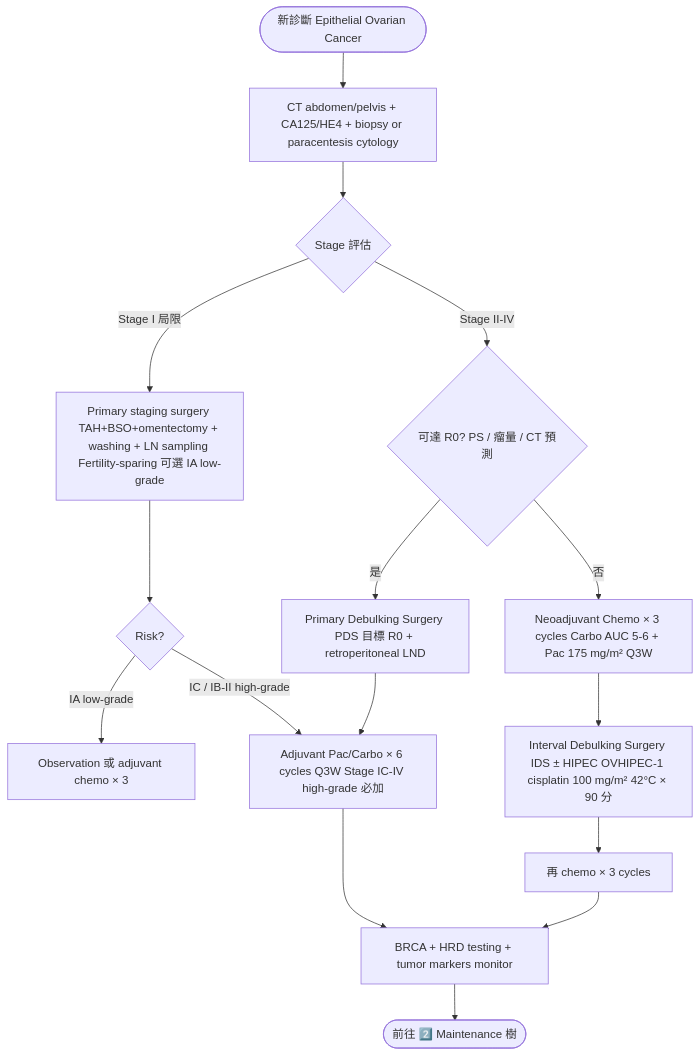
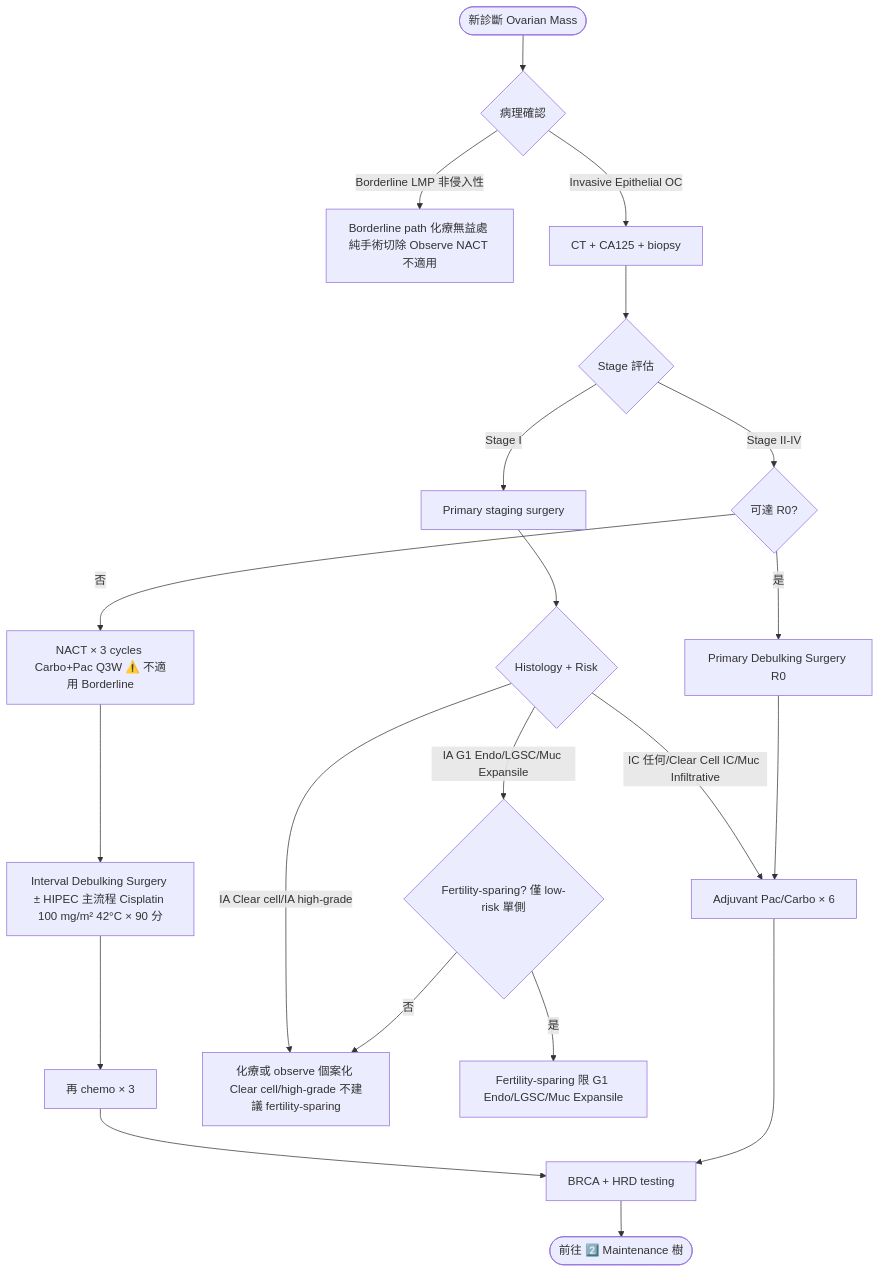
The first of 3 diagrams in data/ovarian/treatment.md (bluesunshine515-crypto/gynonc-board), drawn with Mermaid before and after one commit. The commit also changed other lines of this file and 7 other files, not shown here.

````diff
--- a/data/ovarian/treatment.md
+++ b/data/ovarian/treatment.md
@@ -33,29 +26,23 @@
 ```mermaid
 flowchart TD
-  Start([新診斷 Epithelial Ovarian Cancer]) --> Imaging[CT abdomen/pelvis + CA125/HE4 + biopsy or paracentesis cytology]
-
+  Start([新診斷 Ovarian Mass]) --> Biopsy{病理確認}
+  Biopsy -->|Borderline LMP 非侵入性| LMP[Borderline path 化療無益處 純手術切除 Observe NACT 不適用]
+  Biopsy -->|Invasive Epithelial OC| Imaging[CT + CA125 + biopsy]
   Imaging --> Stage{Stage 評估}
-
-  Stage -->|Stage I 局限| Surg_I[Primary staging surgery TAH+BSO+omentectomy + washing + LN sampling Fertility-sparing 可選 IA low-grade]
-
-  Stage -->|Stage II-IV| Resectable{可達 R0? PS / 瘤量 / CT 預測}
-
-  Resectable -->|是| PDS[Primary Debulking Surgery PDS 目標 R0 + retroperitoneal LND]
-
-  Resectable -->|否| NACT[Neoadjuvant Chemo × 3 cycles Carbo AUC 5-6 + Pac 175 mg/m² Q3W]
-
-  NACT --> IDS[Interval Debulking Surgery IDS ± HIPEC OVHIPEC-1 cisplatin 100 mg/m² 42°C × 90 分]
-
-  IDS --> Chemo3[再 chemo × 3 cycles]
-
-  PDS --> Adj_Chemo[Adjuvant Pac/Carbo × 6 cycles Q3W Stage IC-IV high-grade 必加]
-
-  Surg_I --> Risk_I{Risk?}
-  Risk_I -->|IA low-grade| Obs[Observation 或 adjuvant chemo × 3]
-  Risk_I -->|IC / IB-II high-grade| Adj_Chemo
-
-  Adj_Chemo --> Mol_Test[BRCA + HRD testing + tumor markers monitor]
-  Chemo3 --> Mol_Test
-
+  Stage -->|Stage I| Surg_I[Primary staging surgery]
+  Stage -->|Stage II-IV| Resectable{可達 R0?}
+  Resectable -->|是| PDS[Primary Debulking Surgery R0]
+  Resectable -->|否| NACT[NACT × 3 cycles Carbo+Pac Q3W ⚠️ 不適用 Borderline]
+  NACT --> IDS[Interval Debulking Surgery ± HIPEC 主流程 Cisplatin 100 mg/m² 42°C × 90 分]
+  IDS --> Chemo3[再 chemo × 3]
+  Surg_I --> Histology{Histology + Risk}
+  Histology -->|IA G1 Endo/LGSC/Muc Expansile| FertOption{Fertility-sparing? 僅 low-risk 單側}
+  Histology -->|IC 任何/Clear Cell IC/Muc Infiltrative| Adj_Chemo[Adjuvant Pac/Carbo × 6]
+  Histology -->|IA Clear cell/IA high-grade| Adj_Option[化療或 observe 個案化 Clear cell/high-grade 不建議 fertility-sparing]
+  FertOption -->|是| FS[Fertility-sparing 限 G1 Endo/LGSC/Muc Expansile]
+  FertOption -->|否| Adj_Option
+  PDS --> Adj_Chemo
+  Chemo3 --> Mol_Test[BRCA + HRD testing]
+  Adj_Chemo --> Mol_Test
   Mol_Test --> Maint([前往 2️⃣ Maintenance 樹])
 ```
````
